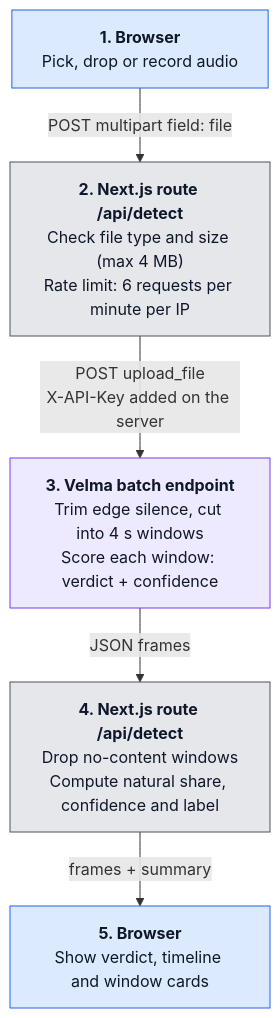
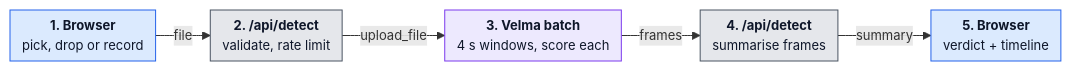
The first of 2 diagrams in README.md (Sid-Lais/deepfake-detection-starter), drawn with Mermaid before and after one commit. The commit also changed other lines of this file and 11 other files, not shown here.

Commit message:
README: UTM links, compact how-it-works diagram, screenshots section

````diff
--- a/README.md
+++ b/README.md
@@ -67,17 +68,18 @@
 ```mermaid
-flowchart TD
+%%{init: {"flowchart": {"nodeSpacing": 24, "rankSpacing": 36, "padding": 6, "wrappingWidth": 260, "htmlLabels": true}, "themeVariables": {"fontSize": "13px"}}}%%
+flowchart LR
     classDef browser fill:#dbeafe,stroke:#2563eb,color:#0f172a
     classDef server fill:#e5e7eb,stroke:#4b5563,color:#0f172a
     classDef velma fill:#ede9fe,stroke:#7c3aed,color:#0f172a
 
-    A["<b>1. Browser</b><br/>Pick, drop or record audio"]:::browser
-    B["<b>2. Next.js route /api/detect</b><br/>Check file type and size (max 4 MB)<br/>Rate limit: 6 requests per minute per IP"]:::server
-    C["<b>3. Velma batch endpoint</b><br/>Trim edge silence, cut into 4 s windows<br/>Score each window: verdict + confidence"]:::velma
-    D["<b>4. Next.js route /api/detect</b><br/>Drop no-content windows<br/>Compute natural share, confidence and label"]:::server
-    E["<b>5. Browser</b><br/>Show verdict, timeline and window cards"]:::browser
+    A["<b>1. Browser</b><br/>pick, drop or record"]:::browser
+    B["<b>2. /api/detect</b><br/>validate, rate limit"]:::server
+    C["<b>3. Velma batch</b><br/>4 s windows, score each"]:::velma
+    D["<b>4. /api/detect</b><br/>summarise frames"]:::server
+    E["<b>5. Browser</b><br/>verdict + timeline"]:::browser
 
-    A -- "POST multipart field: file" --> B
-    B -- "POST upload_file<br/>X-API-Key added on the server" --> C
-    C -- "JSON frames" --> D
-    D -- "frames + summary" --> E
+    A -->|file| B
+    B -->|upload_file| C
+    C -->|frames| D
+    D -->|summary| E
 ```
````
